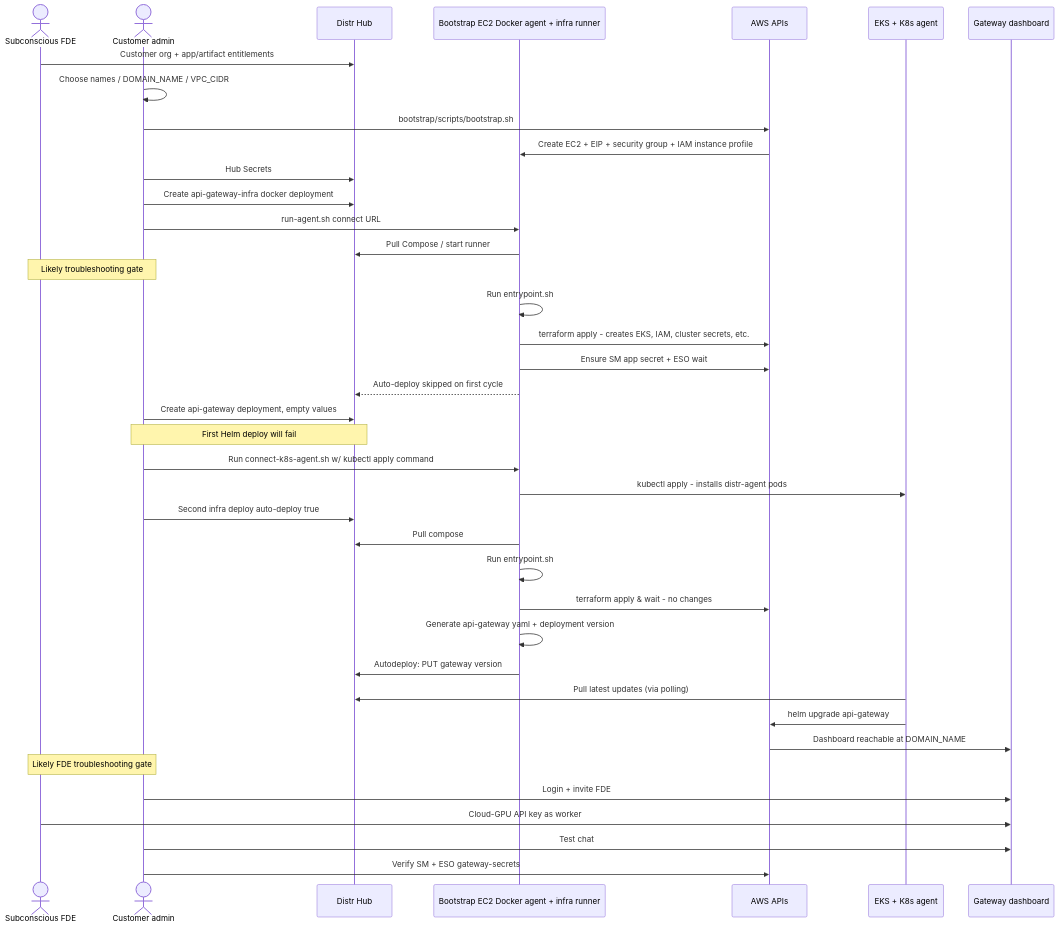
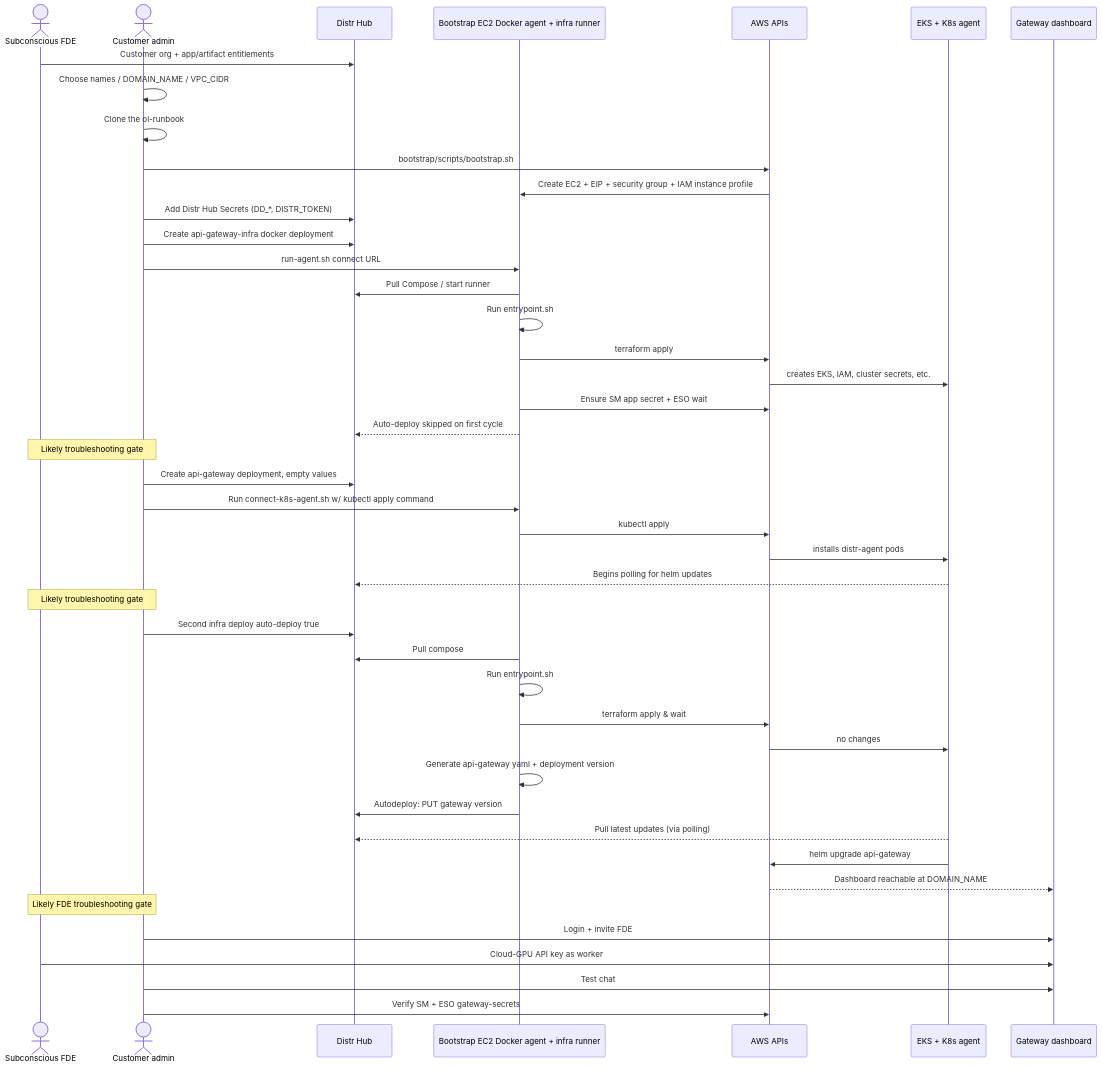
Before and after one commit to subconscious-systems/ol-runbook: the diagram in api-gateway/aws/instructions.md, drawn with Mermaid. The commit also changed other lines of this file, not shown here.

````diff
--- a/api-gateway/aws/instructions.md
+++ b/api-gateway/aws/instructions.md
@@ -11,47 +11,54 @@
 ```mermaid
 sequenceDiagram
   actor FDE as Subconscious FDE
   actor Admin as Customer admin
   participant Distr as Distr Hub
   participant Host as Bootstrap EC2 Docker agent + infra runner
   participant AWS as AWS APIs
   participant EKS as EKS + K8s agent
   participant Dash as Gateway dashboard
 
   FDE->>Distr: Customer org + app/artifact entitlements
 
   Admin->>Admin: Choose names / DOMAIN_NAME / VPC_CIDR
+  Admin->>Admin: Clone the ol-runbook
   Admin->>AWS: bootstrap/scripts/bootstrap.sh
   AWS->>Host: Create EC2 + EIP + security group + IAM instance profile
-  Admin->>Distr: Hub Secrets
+  Admin->>Distr: Add Distr Hub Secrets (DD_*, DISTR_TOKEN)
   Admin->>Distr: Create api-gateway-infra docker deployment
   Admin->>Host: run-agent.sh connect URL
   Host->>Distr: Pull Compose / start runner
-  Note over Admin,FDE: Likely troubleshooting gate
   Host->>Host: Run entrypoint.sh
 
-  Host->>AWS: terraform apply - creates EKS, IAM, cluster secrets, etc.
+  Host->>AWS: terraform apply
+  AWS->>EKS: creates EKS, IAM, cluster secrets, etc.
   Host->>AWS: Ensure SM app secret + ESO wait
   Host-->>Distr: Auto-deploy skipped on first cycle
 
+  Note over Admin,FDE: Likely troubleshooting gate
+
   Admin->>Distr: Create api-gateway deployment, empty values
-  Note over Admin,Distr: First Helm deploy will fail
   Admin->>Host: Run connect-k8s-agent.sh w/ kubectl apply command
-  Host->>EKS: kubectl apply - installs distr-agent pods
+  Host->>AWS: kubectl apply
+  AWS->>EKS: installs distr-agent pods
+  EKS-->>Distr: Begins polling for helm updates
+
+  Note over Admin,FDE: Likely troubleshooting gate
 
   Admin->>Distr: Second infra deploy auto-deploy true
   Host->>Distr: Pull compose
   Host->>Host: Run entrypoint.sh
-  Host->>AWS: terraform apply & wait - no changes
+  Host->>AWS: terraform apply & wait
+  AWS->>EKS: no changes
   Host->>Host: Generate api-gateway yaml + deployment version
   Host->>Distr: Autodeploy: PUT gateway version
-  EKS->>Distr: Pull latest updates (via polling)
+  EKS-->>Distr: Pull latest updates (via polling)
   EKS->>AWS: helm upgrade api-gateway
-  AWS->>Dash: Dashboard reachable at DOMAIN_NAME
+  AWS-->>Dash: Dashboard reachable at DOMAIN_NAME
   Note over Admin,FDE: Likely FDE troubleshooting gate
 
   Admin->>Dash: Login + invite FDE
   FDE->>Dash: Cloud-GPU API key as worker
   Admin->>Dash: Test chat
   Admin->>AWS: Verify SM + ESO gateway-secrets
 ```
````
